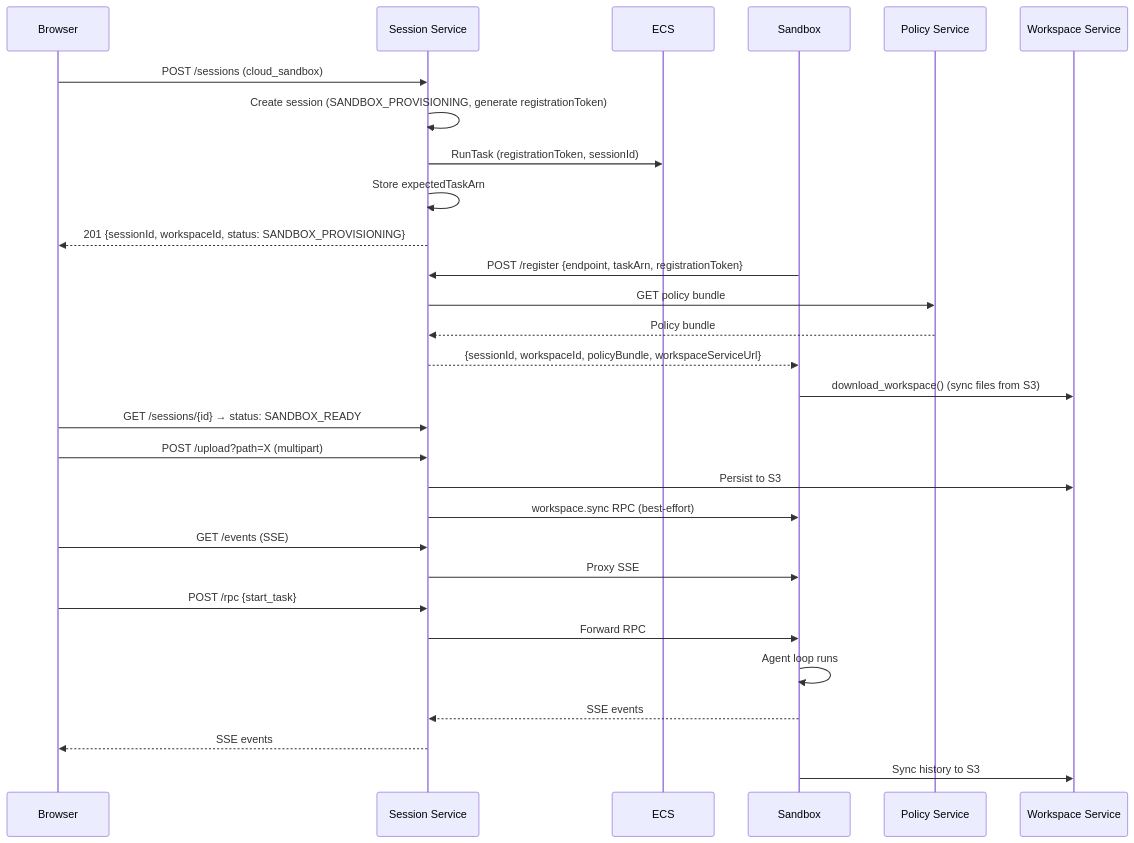
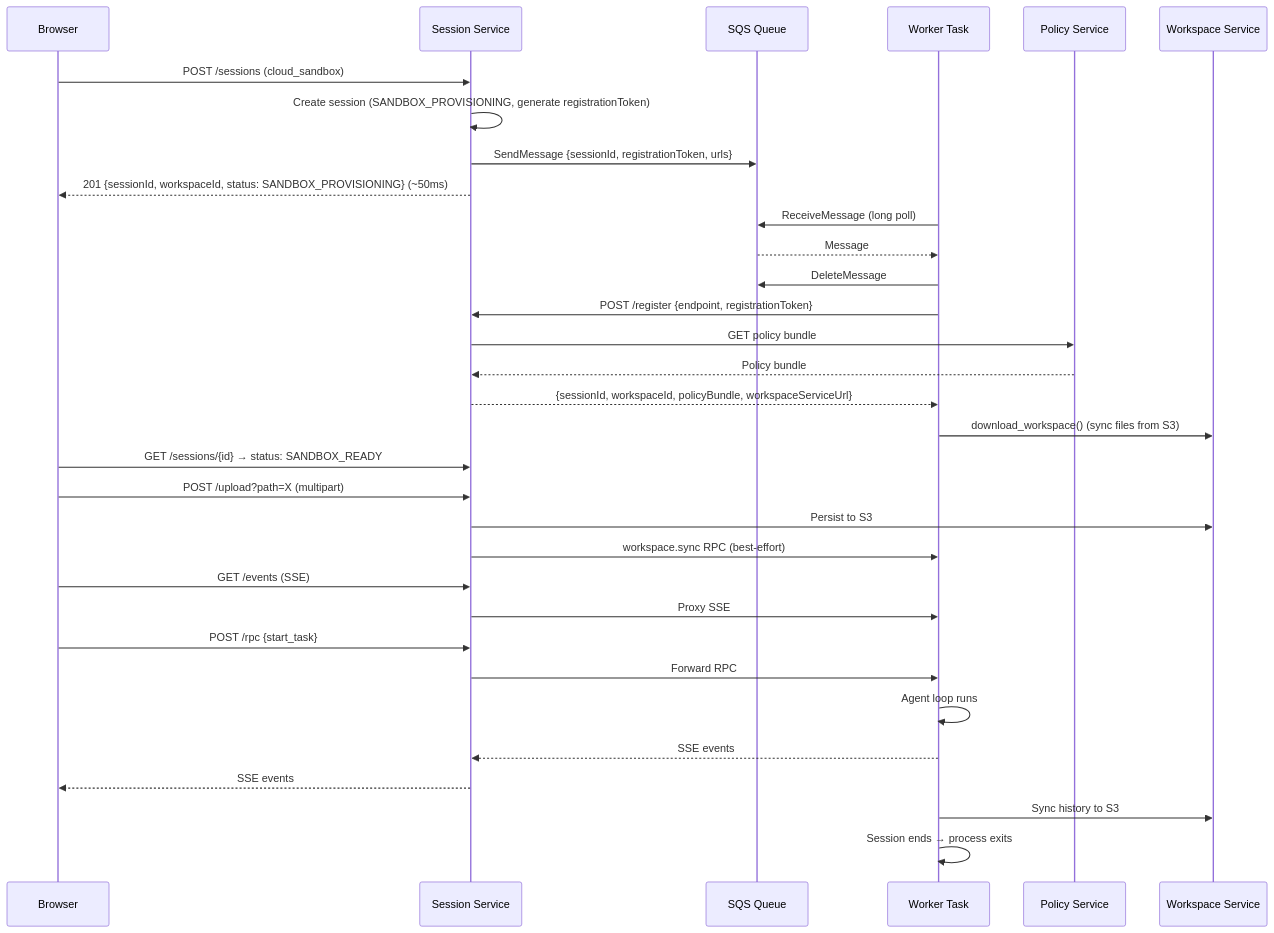
The fifth of 6 diagrams in docs/components/web-execution.md (suman724/cowork-infra), drawn with Mermaid before and after one commit. The commit also changed other lines of this file and 12 other files, not shown here.

First line of the commit message:
feat: SQS sandbox dispatch design, Terraform, and execution plan (#33)

````diff
--- a/docs/components/web-execution.md
+++ b/docs/components/web-execution.md
@@ -667,37 +674,40 @@
 ```mermaid
 sequenceDiagram
   participant B as Browser
   participant SS as Session Service
-  participant ECS as ECS
-  participant S as Sandbox
+  participant SQS as SQS Queue
+  participant T as Worker Task
   participant PS as Policy Service
   participant WS as Workspace Service
 
   B->>SS: POST /sessions (cloud_sandbox)
   SS->>SS: Create session (SANDBOX_PROVISIONING, generate registrationToken)
-  SS->>ECS: RunTask (registrationToken, sessionId)
-  SS->>SS: Store expectedTaskArn
-  SS-->>B: 201 {sessionId, workspaceId, status: SANDBOX_PROVISIONING}
+  SS->>SQS: SendMessage {sessionId, registrationToken, urls}
+  SS-->>B: 201 {sessionId, workspaceId, status: SANDBOX_PROVISIONING} (~50ms)
 
-  S->>SS: POST /register {endpoint, taskArn, registrationToken}
+  T->>SQS: ReceiveMessage (long poll)
+  SQS-->>T: Message
+  T->>SQS: DeleteMessage
+  T->>SS: POST /register {endpoint, registrationToken}
   SS->>PS: GET policy bundle
   PS-->>SS: Policy bundle
-  SS-->>S: {sessionId, workspaceId, policyBundle, workspaceServiceUrl}
-  S->>WS: download_workspace() (sync files from S3)
+  SS-->>T: {sessionId, workspaceId, policyBundle, workspaceServiceUrl}
+  T->>WS: download_workspace() (sync files from S3)
 
   B->>SS: GET /sessions/{id} → status: SANDBOX_READY
   B->>SS: POST /upload?path=X (multipart)
   SS->>WS: Persist to S3
-  SS->>S: workspace.sync RPC (best-effort)
+  SS->>T: workspace.sync RPC (best-effort)
 
   B->>SS: GET /events (SSE)
-  SS->>S: Proxy SSE
+  SS->>T: Proxy SSE
 
   B->>SS: POST /rpc {start_task}
-  SS->>S: Forward RPC
-  S->>S: Agent loop runs
-  S-->>SS: SSE events
+  SS->>T: Forward RPC
+  T->>T: Agent loop runs
+  T-->>SS: SSE events
   SS-->>B: SSE events
 
-  S->>WS: Sync history to S3
+  T->>WS: Sync history to S3
+  T->>T: Session ends → process exits
 ```
````
